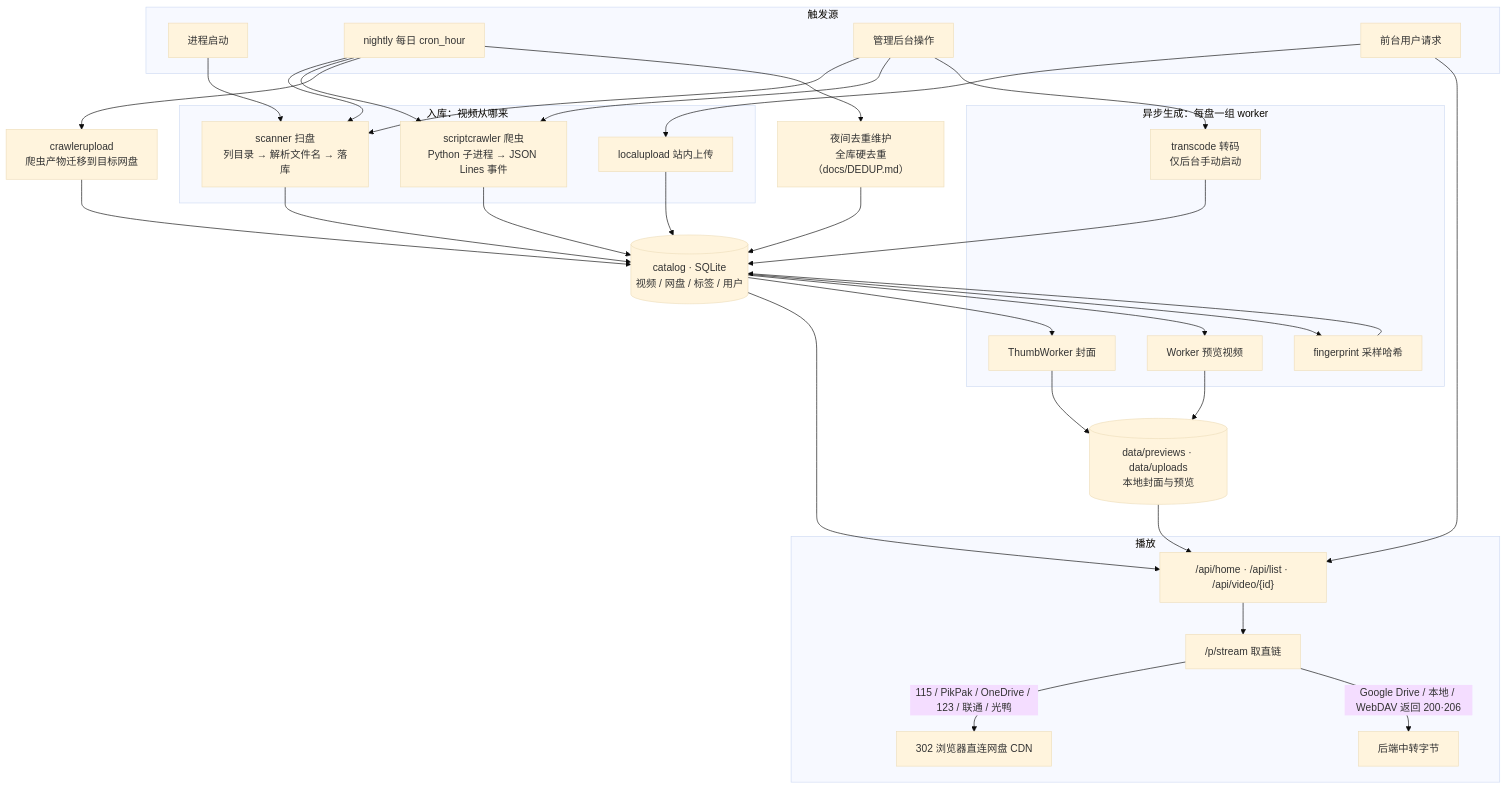
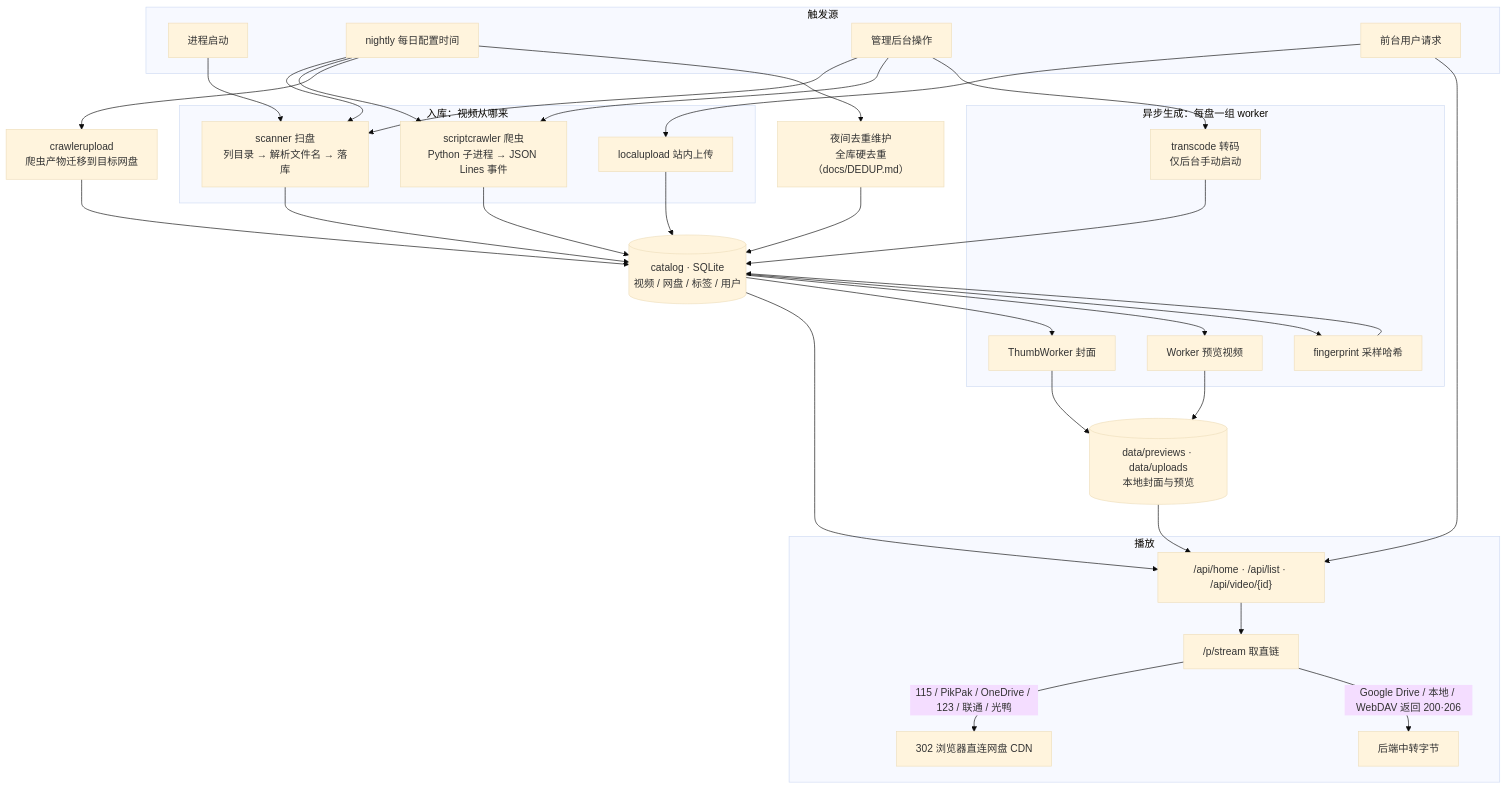
The first of 3 diagrams in backend/README.md (BAIBAIGE/91), drawn with Mermaid (base theme) before and after one commit. The commit also changed other lines of this file and 29 other files, not shown here.

````diff
--- a/backend/README.md
+++ b/backend/README.md
@@ -149,67 +149,67 @@
 ```mermaid
 flowchart TB
     subgraph TRIG["触发源"]
         BOOT["进程启动"]
-        CRON["nightly 每日 cron_hour"]
+        CRON["nightly 每日配置时间"]
         ADMIN["管理后台操作"]
         USER["前台用户请求"]
     end
 
     subgraph INGEST["入库：视频从哪来"]
         SCAN["scanner 扫盘<br/>列目录 → 解析文件名 → 落库"]
         CRAWL["scriptcrawler 爬虫<br/>Python 子进程 → JSON Lines 事件"]
         UPLOAD["localupload 站内上传"]
     end
 
     CAT[("catalog · SQLite<br/>视频 / 网盘 / 标签 / 用户")]
 
     subgraph GEN["异步生成：每盘一组 worker"]
         THUMB["ThumbWorker 封面"]
         PREV["Worker 预览视频"]
         FP["fingerprint 采样哈希"]
         TRANS["transcode 转码<br/>仅后台手动启动"]
     end
 
     DISK[("data/previews · data/uploads<br/>本地封面与预览")]
 
     subgraph PLAY["播放"]
         LIST["/api/home · /api/list · /api/video/{id}"]
         PROXY["/p/stream 取直链"]
         R302["302 浏览器直连网盘 CDN"]
         RELAY["后端中转字节"]
     end
 
     MIG["crawlerupload<br/>爬虫产物迁移到目标网盘"]
     DEDUP["夜间去重维护<br/>全库硬去重（docs/DEDUP.md）"]
 
     BOOT --> SCAN
     CRON --> SCAN
     CRON --> CRAWL
     CRON --> MIG
     CRON --> DEDUP
     ADMIN --> SCAN
     ADMIN --> CRAWL
     ADMIN --> TRANS
     USER --> UPLOAD
     USER --> LIST
 
     SCAN --> CAT
     CRAWL --> CAT
     UPLOAD --> CAT
     MIG --> CAT
     DEDUP --> CAT
 
     CAT --> THUMB
     CAT --> PREV
     CAT --> FP
     THUMB --> DISK
     PREV --> DISK
     FP --> CAT
     TRANS --> CAT
 
     CAT --> LIST
     LIST --> PROXY
     PROXY -->|"115 / PikPak / OneDrive / 123 / 联通 / 光鸭"| R302
     PROXY -->|"Google Drive / 本地 / WebDAV 返回 200·206"| RELAY
     DISK --> LIST
 ```
````
